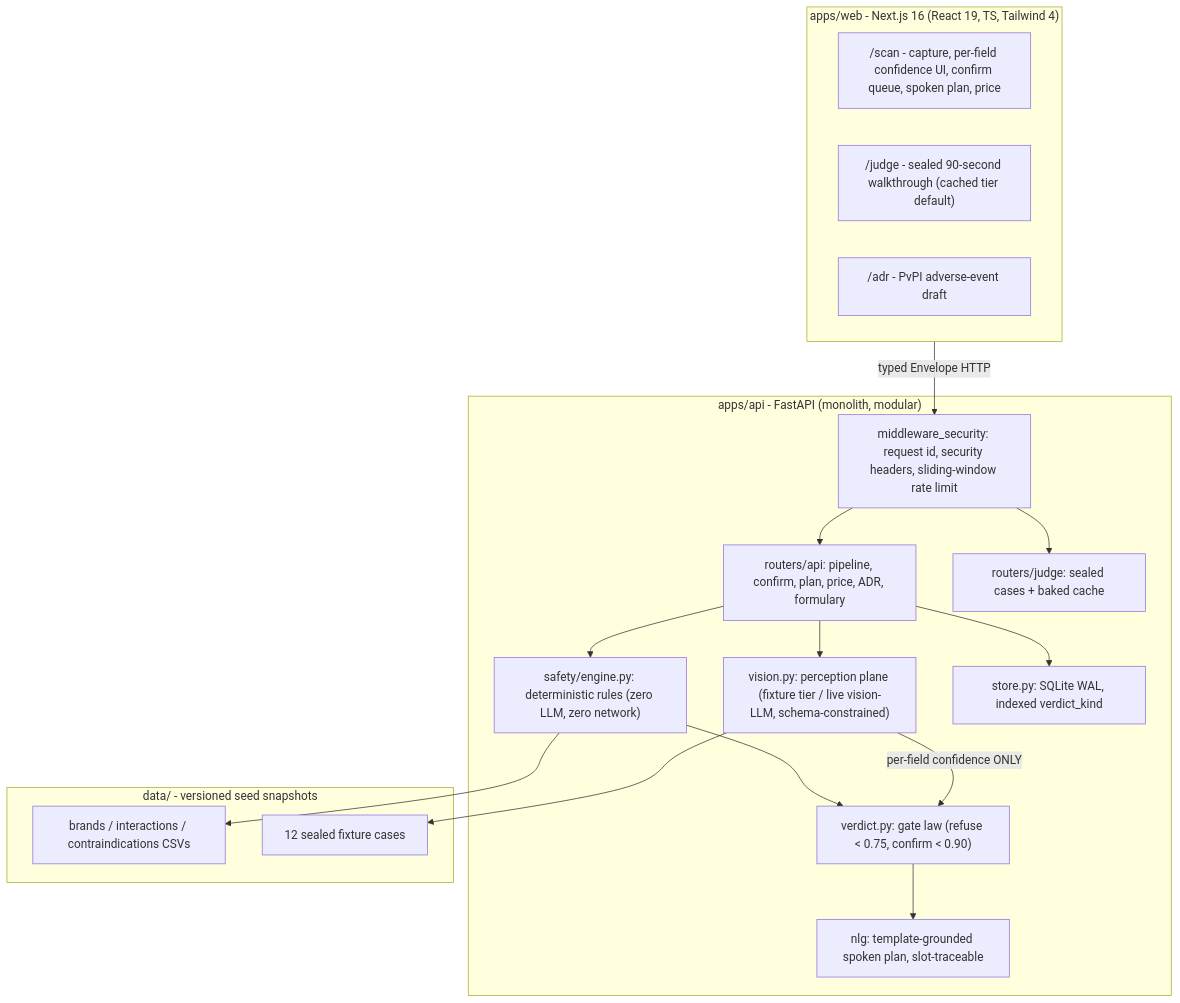
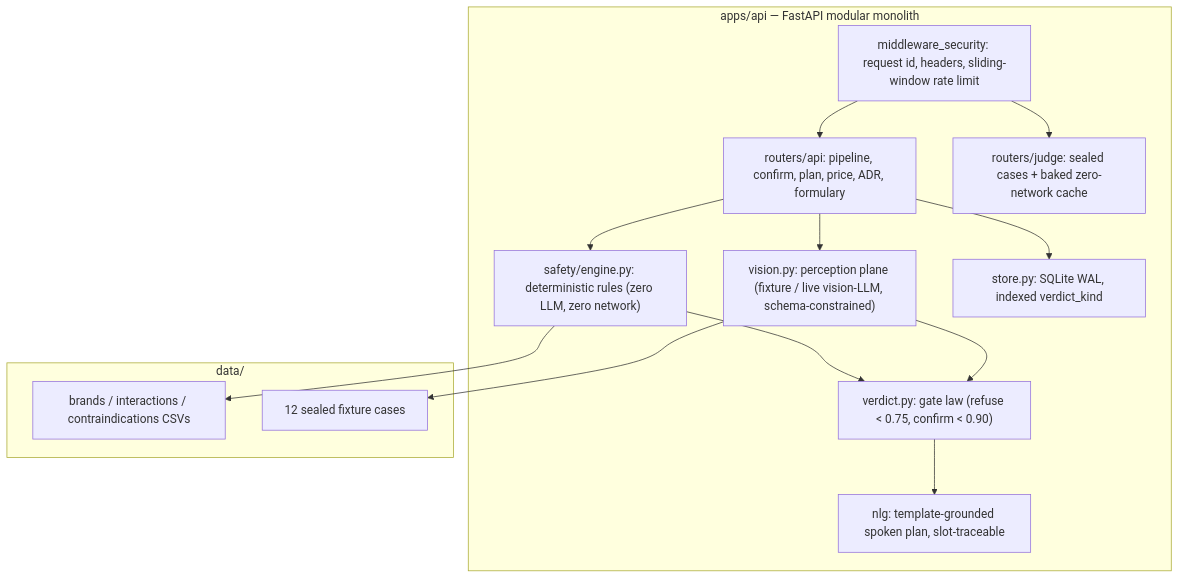
The second of 2 diagrams in docs/ARCHITECTURE.md (humoge7502/MediSaathi), drawn with Mermaid before and after one commit. The commit also changed other lines of this file and 136 other files, not shown here.

````diff
--- a/docs/ARCHITECTURE.md
+++ b/docs/ARCHITECTURE.md
@@ -8,33 +53,24 @@
 ```mermaid
 flowchart TB
-    subgraph WEB["apps/web - Next.js 16 (React 19, TS, Tailwind 4)"]
-        SCAN["/scan - capture, per-field confidence UI, confirm queue, spoken plan, price"]
-        JUDGE["/judge - sealed 90-second walkthrough (cached tier default)"]
-        ADR["/adr - PvPI adverse-event draft"]
-    end
-
-    subgraph API["apps/api - FastAPI (monolith, modular)"]
-        MW["middleware_security: request id, security headers, sliding-window rate limit"]
+    subgraph API["apps/api — FastAPI modular monolith"]
+        MW["middleware_security: request id, headers, sliding-window rate limit"]
         RT["routers/api: pipeline, confirm, plan, price, ADR, formulary"]
-        JR["routers/judge: sealed cases + baked cache"]
-        V["vision.py: perception plane (fixture tier / live vision-LLM, schema-constrained)"]
+        JR["routers/judge: sealed cases + baked zero-network cache"]
+        V["vision.py: perception plane (fixture / live vision-LLM, schema-constrained)"]
         G["verdict.py: gate law (refuse < 0.75, confirm < 0.90)"]
         SE["safety/engine.py: deterministic rules (zero LLM, zero network)"]
         NLG["nlg: template-grounded spoken plan, slot-traceable"]
         ST["store.py: SQLite WAL, indexed verdict_kind"]
     end
-
-    subgraph SEED["data/ - versioned seed snapshots"]
+    subgraph SEED["data/"]
         CSV["brands / interactions / contraindications CSVs"]
         FIX["12 sealed fixture cases"]
     end
-
-    WEB -->|"typed Envelope HTTP"| MW --> RT
-    MW --> JR
-    RT --> V -->|"per-field confidence ONLY"| G
+    MW --> RT & JR
+    RT --> V --> G
     RT --> SE --> G
     G --> NLG
     RT --> ST
     SE --> CSV
     V --> FIX
 ```
````
